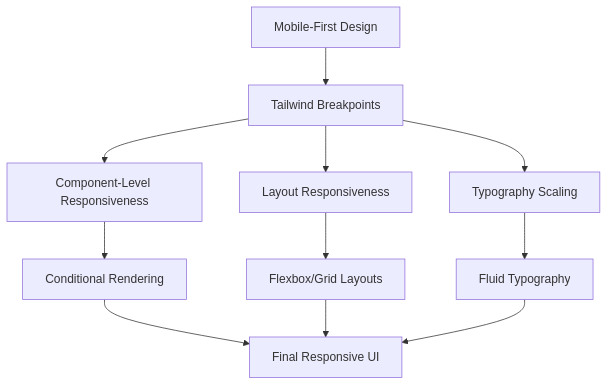
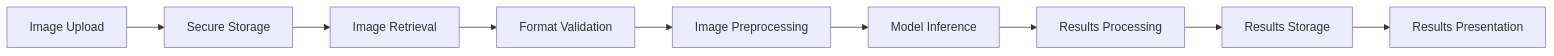
One commit to AbdullahSaeed1211/temp changed diagram 13 of 15 in README.md. Above: the diagram before and after it, drawn with Mermaid. The commit also changed other lines of this file, not shown here.

````diff
--- a/README.md
+++ b/README.md
@@ -1375,15 +1767,11 @@
 ```mermaid
-graph TD
-    A[Mobile-First Design] --> B[Tailwind Breakpoints]
-    B --> C[Component-Level Responsiveness]
-    B --> D[Layout Responsiveness]
-    B --> E[Typography Scaling]
-    
-    C --> F[Conditional Rendering]
-    D --> G[Flexbox/Grid Layouts]
-    E --> H[Fluid Typography]
-    
-    F --> I[Final Responsive UI]
-    G --> I
-    H --> I
+flowchart LR
+    Upload[Image Upload] --> Storage[Secure Storage]
+    Storage --> Retrieval[Image Retrieval]
+    Retrieval --> Validation[Format Validation]
+    Validation --> Preprocessing[Image Preprocessing]
+    Preprocessing --> ModelInference[Model Inference]
+    ModelInference --> ResultsProcessing[Results Processing]
+    ResultsProcessing --> Storage2[Results Storage]
+    Storage2 --> Presentation[Results Presentation]
 ```
````
